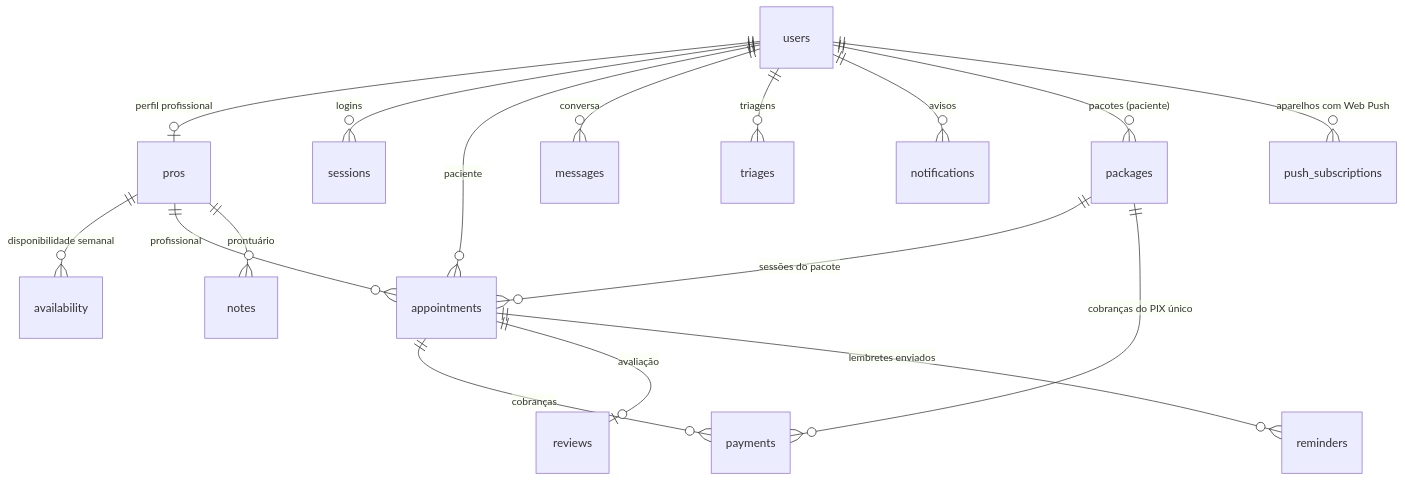
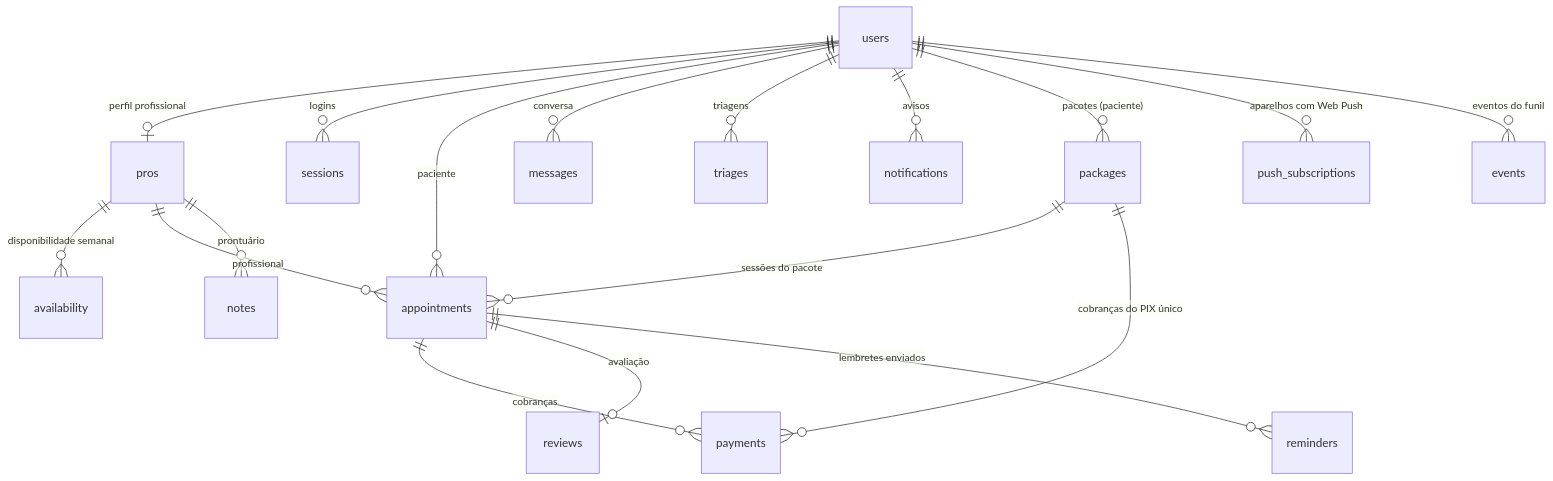
One commit to andreprtl/me-salva changed the second of 3 diagrams in docs/DOCUMENTACAO.md. Above: the diagram before and after it, drawn with Mermaid. The commit also changed other lines of this file and 5 other files, not shown here.

````diff
--- a/docs/DOCUMENTACAO.md
+++ b/docs/DOCUMENTACAO.md
@@ -279,19 +309,20 @@
 ```mermaid
 erDiagram
   users ||--o| pros : "perfil profissional"
   users ||--o{ sessions : "logins"
   pros ||--o{ availability : "disponibilidade semanal"
   users ||--o{ appointments : "paciente"
   pros ||--o{ appointments : "profissional"
   appointments ||--o{ payments : "cobranças"
   appointments ||--o| reviews : "avaliação"
   users ||--o{ messages : "conversa"
   users ||--o{ triages : "triagens"
   pros ||--o{ notes : "prontuário"
   users ||--o{ notifications : "avisos"
   appointments ||--o{ reminders : "lembretes enviados"
   users ||--o{ packages : "pacotes (paciente)"
   packages ||--o{ appointments : "sessões do pacote"
   packages ||--o{ payments : "cobranças do PIX único"
   users ||--o{ push_subscriptions : "aparelhos com Web Push"
+  users ||--o{ events : "eventos do funil"
 ```
````
